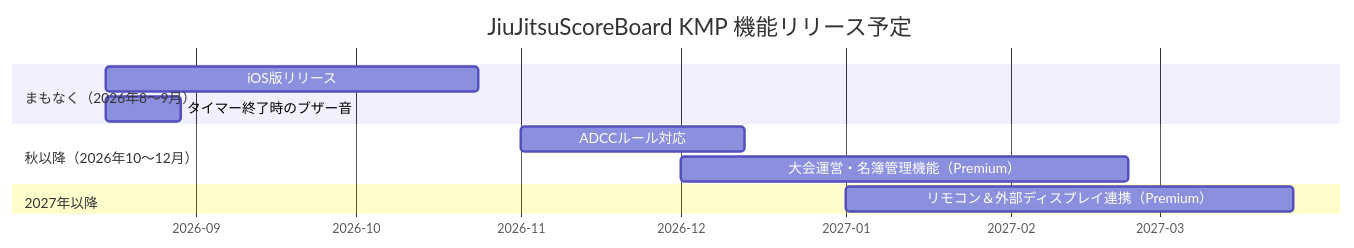
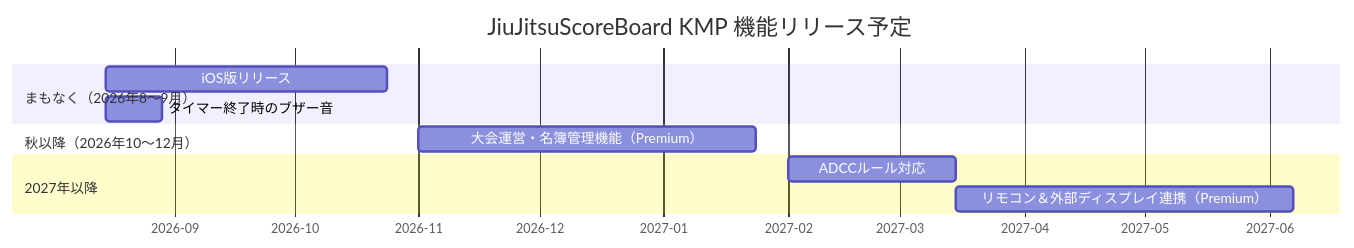
The diagram in blog/2026-08-09-user-roadmap.md (kusakabe-dev/kusakabe-dev.github.io), drawn with Mermaid before and after one commit.

Commit message:
blog: fix gantt chart priority order for user roadmap

````diff
--- a/blog/2026-08-09-user-roadmap.md
+++ b/blog/2026-08-09-user-roadmap.md
@@ -15,17 +15,17 @@
 ```mermaid
 gantt
     title JiuJitsuScoreBoard KMP 機能リリース予定
     dateFormat  YYYY-MM-DD
     axisFormat  %Y-%m
 
     section まもなく（2026年8〜9月）
     iOS版リリース                    :s1, 2026-08-15, 10w
     タイマー終了時のブザー音            :a1, 2026-08-15, 2w
 
     section 秋以降（2026年10〜12月）
-    ADCCルール対応                   :b1, 2026-11-01, 6w
-    大会運営・名簿管理機能（Premium）    :c1, 2026-12-01, 12w
+    大会運営・名簿管理機能（Premium）    :c1, 2026-11-01, 12w
 
     section 2027年以降
-    リモコン＆外部ディスプレイ連携（Premium） :d1, 2027-01-01, 12w
+    ADCCルール対応                   :b1, 2027-02-01, 6w
+    リモコン＆外部ディスプレイ連携（Premium） :d1, after b1, 12w
 ```
````
